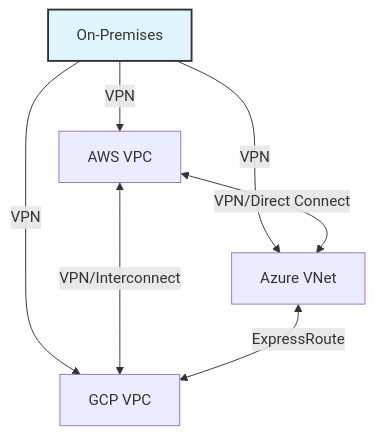
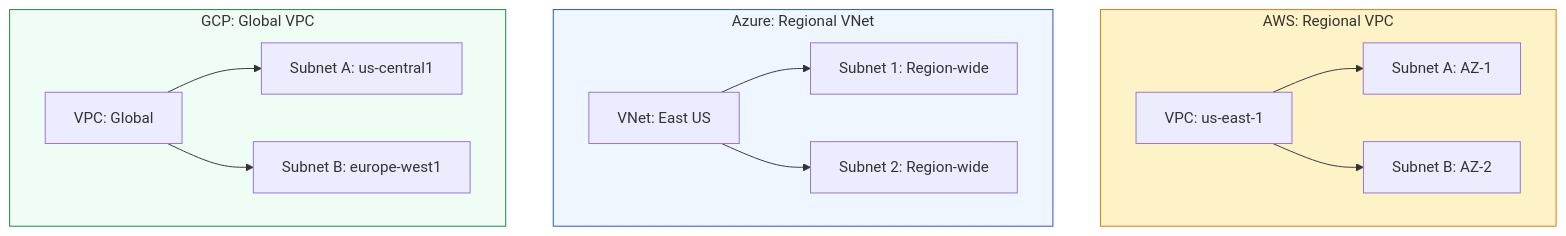
The diagram in 2-Intermediate/01-Phase-1/01-Networking/01-VPC-Fundamentals/09-Cloud-Provider-Comparison/README.md (Ganil151/Devops), drawn with Mermaid before and after one commit. The commit also changed other lines of this file and 15 other files, not shown here.

````diff
--- a/2-Intermediate/01-Phase-1/01-Networking/01-VPC-Fundamentals/09-Cloud-Provider-Comparison/README.md
+++ b/2-Intermediate/01-Phase-1/01-Networking/01-VPC-Fundamentals/09-Cloud-Provider-Comparison/README.md
@@ -144,12 +5,27 @@
 ```mermaid
 graph TD
-    OnPrem[On-Premises] -->|VPN| AWS[AWS VPC]
-    OnPrem -->|VPN| Azure[Azure VNet]
-    OnPrem -->|VPN| GCP[GCP VPC]
+    subgraph AWS[AWS: Regional VPC]
+        A_VPC[VPC: us-east-1]
+        A_Sub1[Subnet A: AZ-1]
+        A_Sub2[Subnet B: AZ-2]
+        A_VPC --> A_Sub1 & A_Sub2
+    end
 
-AWS <-->|VPN/Direct Connect| Azure
-    AWS <-->|VPN/Interconnect| GCP
-    Azure <-->|ExpressRoute| GCP
+    subgraph Azure[Azure: Regional VNet]
+        Az_VNet[VNet: East US]
+        Az_Sub1[Subnet 1: Region-wide]
+        Az_Sub2[Subnet 2: Region-wide]
+        Az_VNet --> Az_Sub1 & Az_Sub2
+    end
 
-style OnPrem fill:#e1f5ff,stroke:#333,stroke-width:2px
+    subgraph GCP[GCP: Global VPC]
+        G_VPC[VPC: Global]
+        G_Sub1[Subnet A: us-central1]
+        G_Sub2[Subnet B: europe-west1]
+        G_VPC --> G_Sub1 & G_Sub2
+    end
+
+    style AWS fill:#fef3c7,stroke:#d97706
+    style Azure fill:#eff6ff,stroke:#1d4ed8
+    style GCP fill:#f0fdf4,stroke:#15803d
 ```
````
